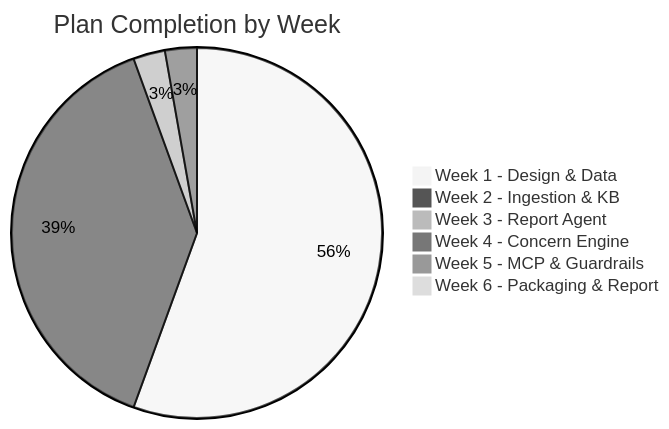
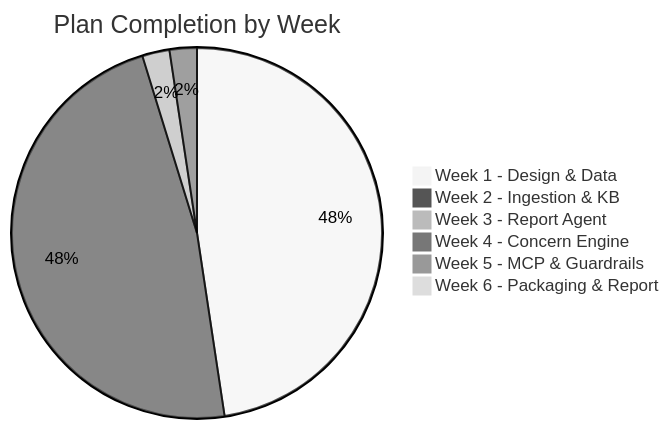
One commit to baoluugb/VSF_AI-Intelligent-Agent-For-PM changed the diagram in project_status_audit.md. Above: the diagram before and after it, drawn with Mermaid (neutral theme). The commit also changed other lines of this file and 13 other files, not shown here.

````diff
--- a/project_status_audit.md
+++ b/project_status_audit.md
@@ -9,9 +9,9 @@
 ```mermaid
 pie title Plan Completion by Week
     "Week 1 - Design & Data" : 100
-    "Week 2 - Ingestion & KB" : 70
+    "Week 2 - Ingestion & KB" : 100
     "Week 3 - Report Agent" : 5
     "Week 4 - Concern Engine" : 5
     "Week 5 - MCP & Guardrails" : 0
     "Week 6 - Packaging & Report" : 0
 ```
````
